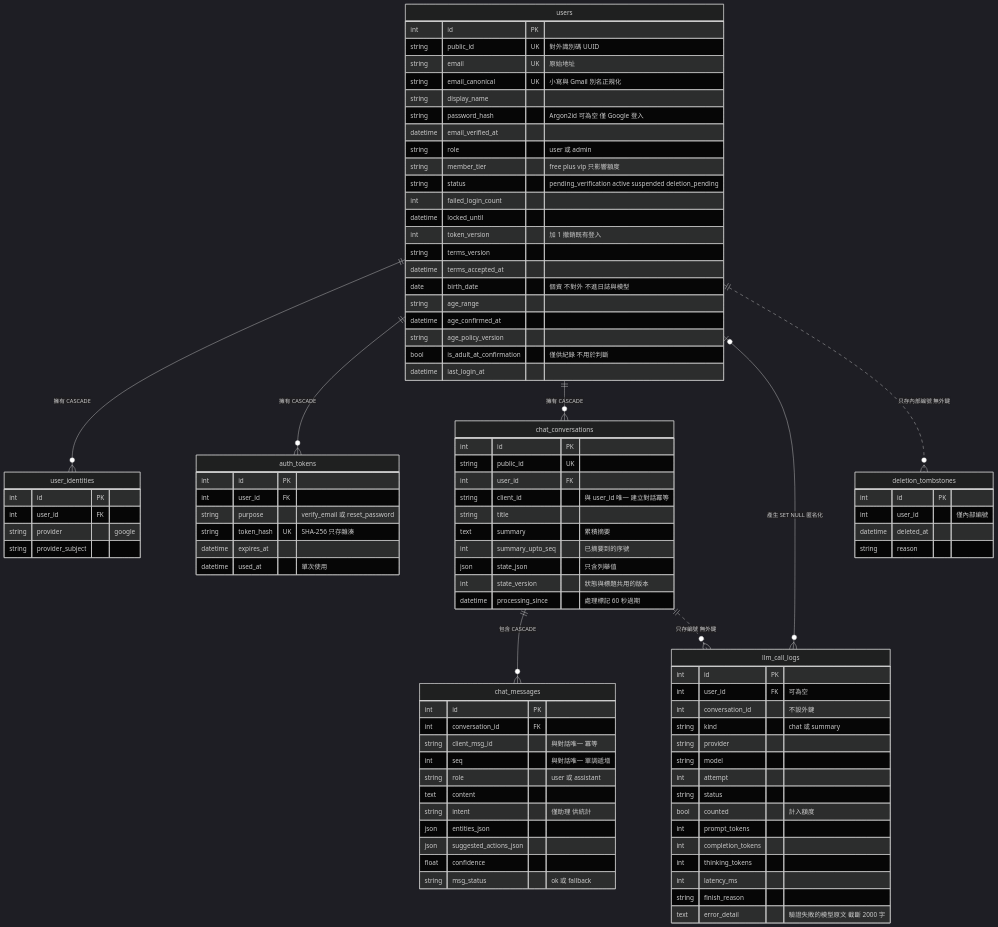
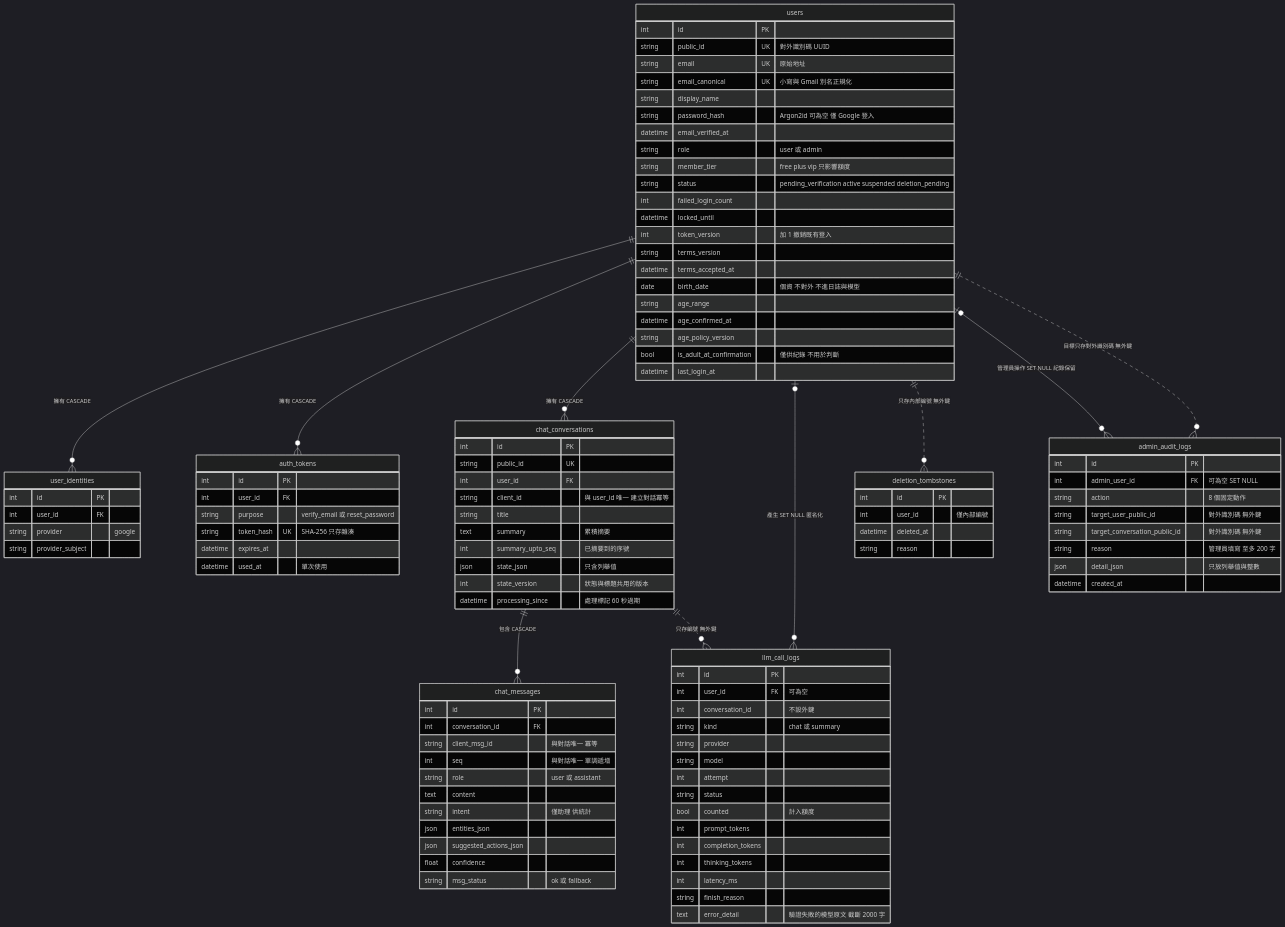
The first of 3 diagrams in docs/資料模型-data-model.md (pp466pp466/R.A.C), drawn with Mermaid (dark theme) before and after one commit. The commit also changed other lines of this file and 54 other files, not shown here.

````diff
--- a/docs/資料模型-data-model.md
+++ b/docs/資料模型-data-model.md
@@ -15,6 +15,8 @@
     users |o--o{ llm_call_logs : "產生 SET NULL 匿名化"
     chat_conversations ||..o{ llm_call_logs : "只存編號 無外鍵"
     users ||..o{ deletion_tombstones : "只存內部編號 無外鍵"
+    users |o--o{ admin_audit_logs : "管理員操作 SET NULL 紀錄保留"
+    users ||..o{ admin_audit_logs : "目標只存對外識別碼 無外鍵"
 
     users {
         int id PK
@@ -101,4 +103,14 @@
         string finish_reason
         text error_detail "驗證失敗的模型原文 截斷 2000 字"
     }
+    admin_audit_logs {
+        int id PK
+        int admin_user_id FK "可為空 SET NULL"
+        string action "8 個固定動作"
+        string target_user_public_id "對外識別碼 無外鍵"
+        string target_conversation_public_id "對外識別碼 無外鍵"
+        string reason "管理員填寫 至多 200 字"
+        json detail_json "只放列舉值與整數"
+        datetime created_at
+    }
 ```
````
